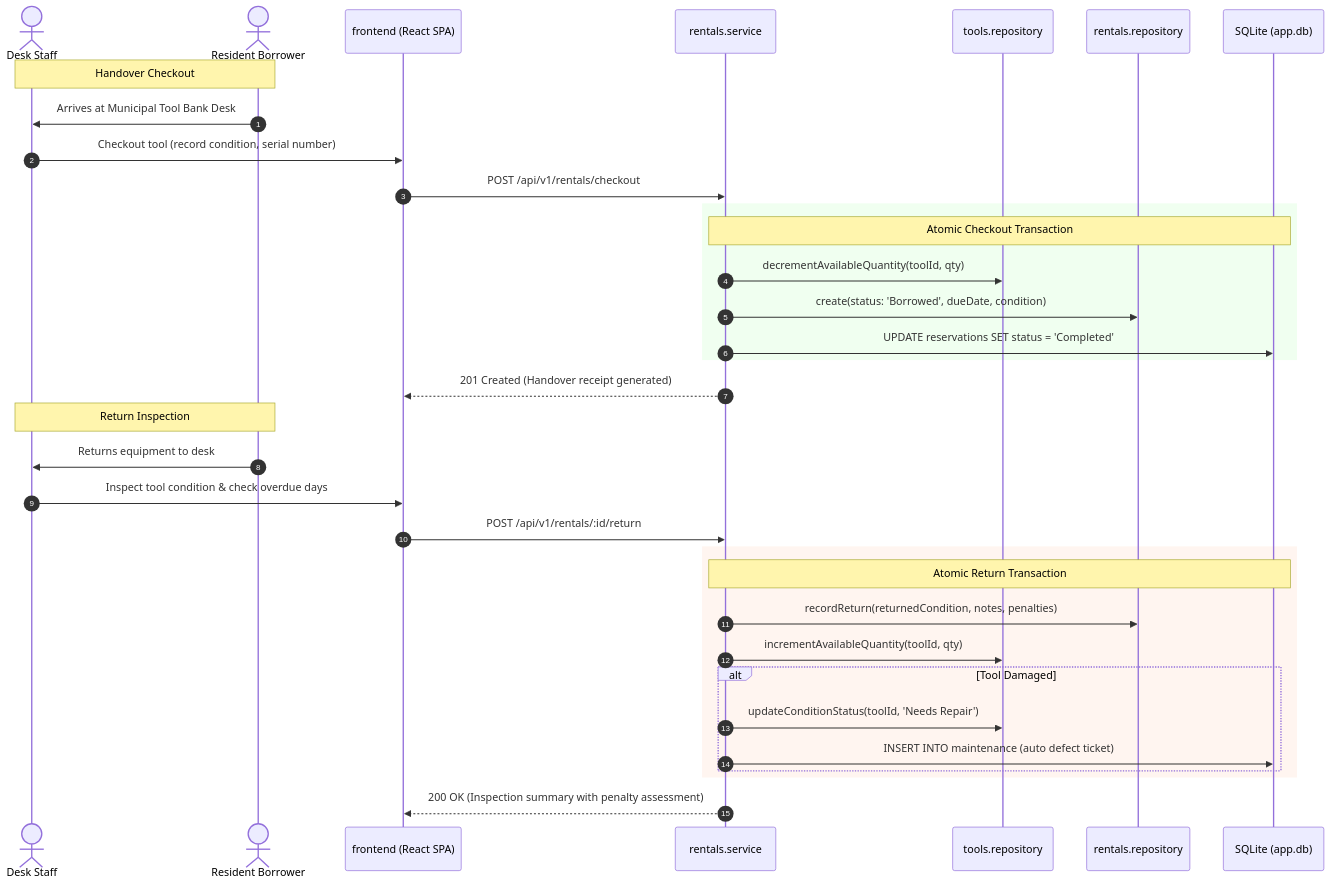
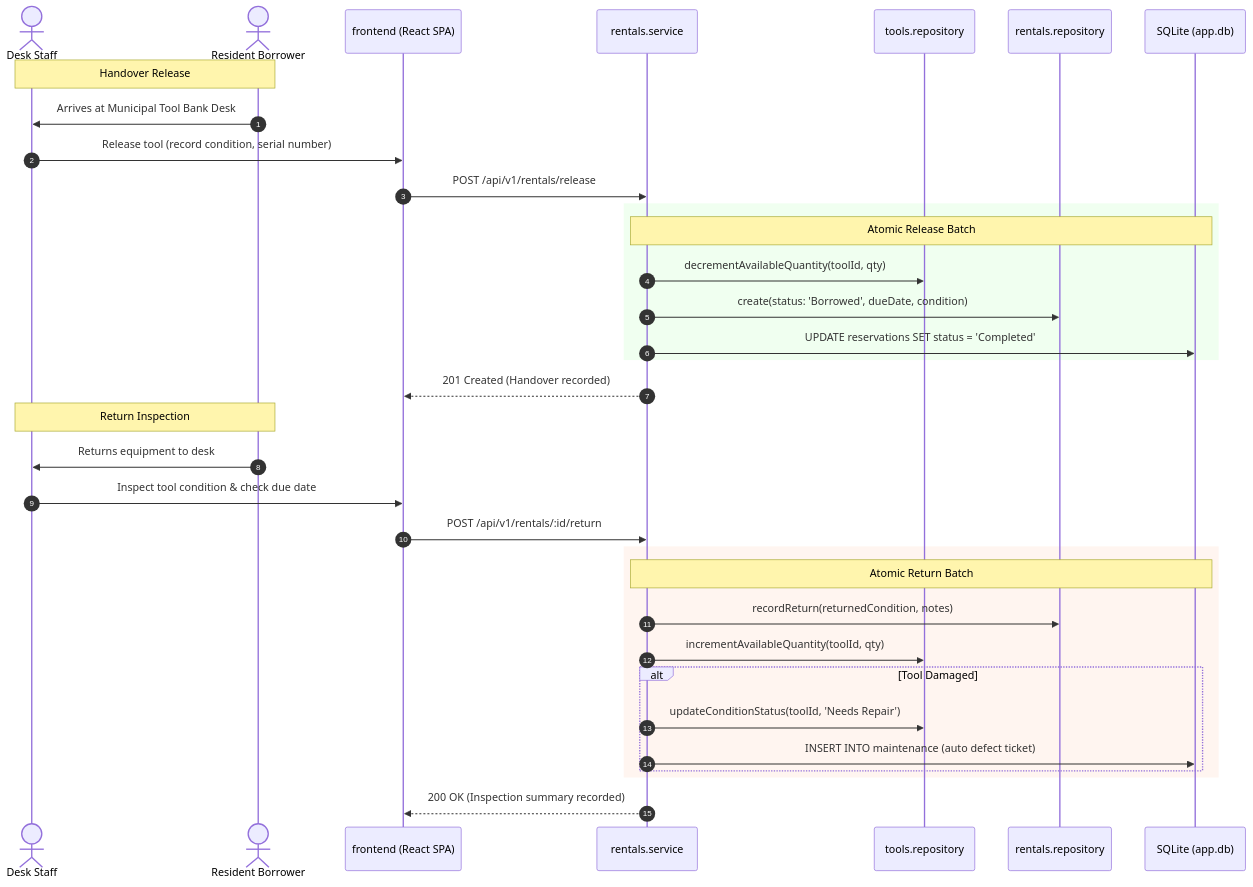
The third of 3 diagrams in Development/Documentation/Business_Workflows.md (J3SS25/MCTED), drawn with Mermaid before and after one commit. The commit also changed other lines of this file and 104 other files, not shown here.

First line of the commit message:
feat: add Tool Borrowing Receipt functionality

````diff
--- a/Development/Documentation/Business_Workflows.md
+++ b/Development/Documentation/Business_Workflows.md
@@ -93,40 +93,40 @@
 ```mermaid
 sequenceDiagram
     autonumber
     actor Staff as Desk Staff
     actor Borrower as Resident Borrower
     participant Web as frontend (React SPA)
     participant RentalSvc as rentals.service
     participant ToolRepo as tools.repository
     participant RentalRepo as rentals.repository
     participant DB as SQLite (app.db)
 
-    Note over Borrower, Staff: Handover Checkout
+    Note over Borrower, Staff: Handover Release
     Borrower->>Staff: Arrives at Municipal Tool Bank Desk
-    Staff->>Web: Checkout tool (record condition, serial number)
-    Web->>RentalSvc: POST /api/v1/rentals/checkout
+    Staff->>Web: Release tool (record condition, serial number)
+    Web->>RentalSvc: POST /api/v1/rentals/release
 
     rect rgb(240, 255, 240)
-        Note over RentalSvc, DB: Atomic Checkout Transaction
+        Note over RentalSvc, DB: Atomic Release Batch
         RentalSvc->>ToolRepo: decrementAvailableQuantity(toolId, qty)
         RentalSvc->>RentalRepo: create(status: 'Borrowed', dueDate, condition)
         RentalSvc->>DB: UPDATE reservations SET status = 'Completed'
     end
-    RentalSvc-->>Web: 201 Created (Handover receipt generated)
+    RentalSvc-->>Web: 201 Created (Handover recorded)
 
     Note over Borrower, Staff: Return Inspection
     Borrower->>Staff: Returns equipment to desk
-    Staff->>Web: Inspect tool condition & check overdue days
+    Staff->>Web: Inspect tool condition & check due date
     Web->>RentalSvc: POST /api/v1/rentals/:id/return
 
     rect rgb(255, 245, 240)
-        Note over RentalSvc, DB: Atomic Return Transaction
-        RentalSvc->>RentalRepo: recordReturn(returnedCondition, notes, penalties)
+        Note over RentalSvc, DB: Atomic Return Batch
+        RentalSvc->>RentalRepo: recordReturn(returnedCondition, notes)
         RentalSvc->>ToolRepo: incrementAvailableQuantity(toolId, qty)
         alt Tool Damaged
             RentalSvc->>ToolRepo: updateConditionStatus(toolId, 'Needs Repair')
             RentalSvc->>DB: INSERT INTO maintenance (auto defect ticket)
         end
     end
-    RentalSvc-->>Web: 200 OK (Inspection summary with penalty assessment)
+    RentalSvc-->>Web: 200 OK (Inspection summary recorded)
 ```
````
